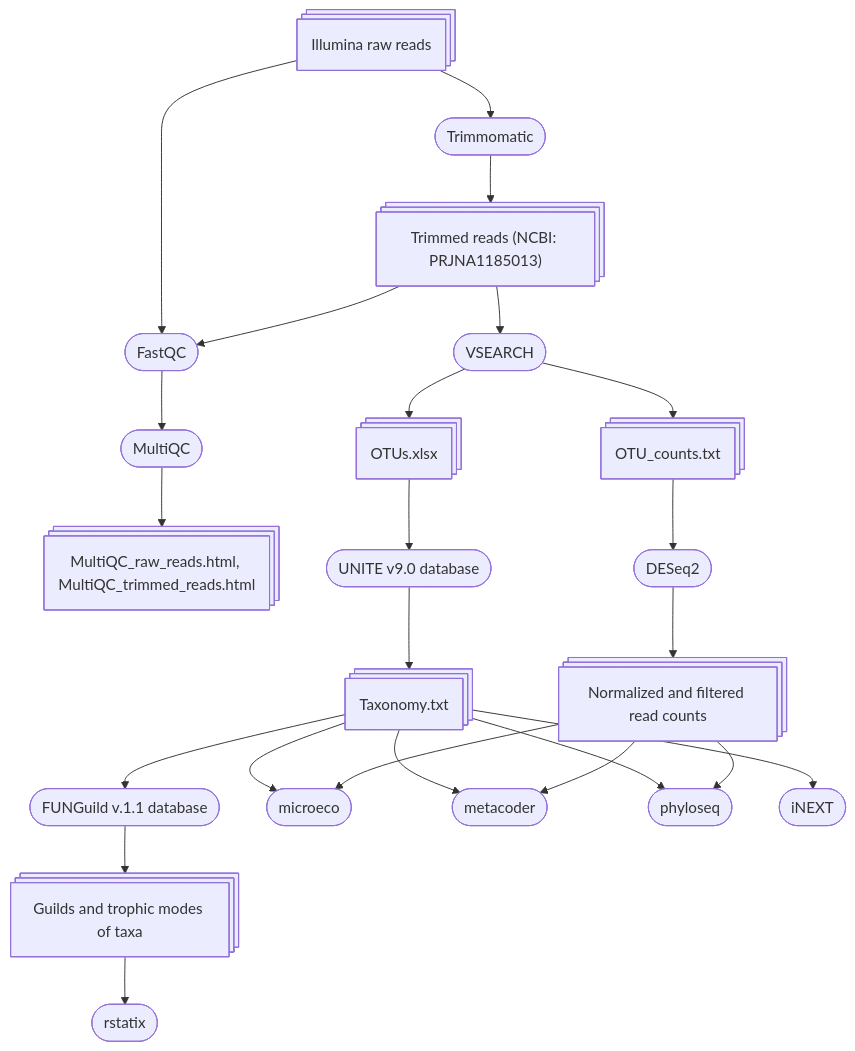
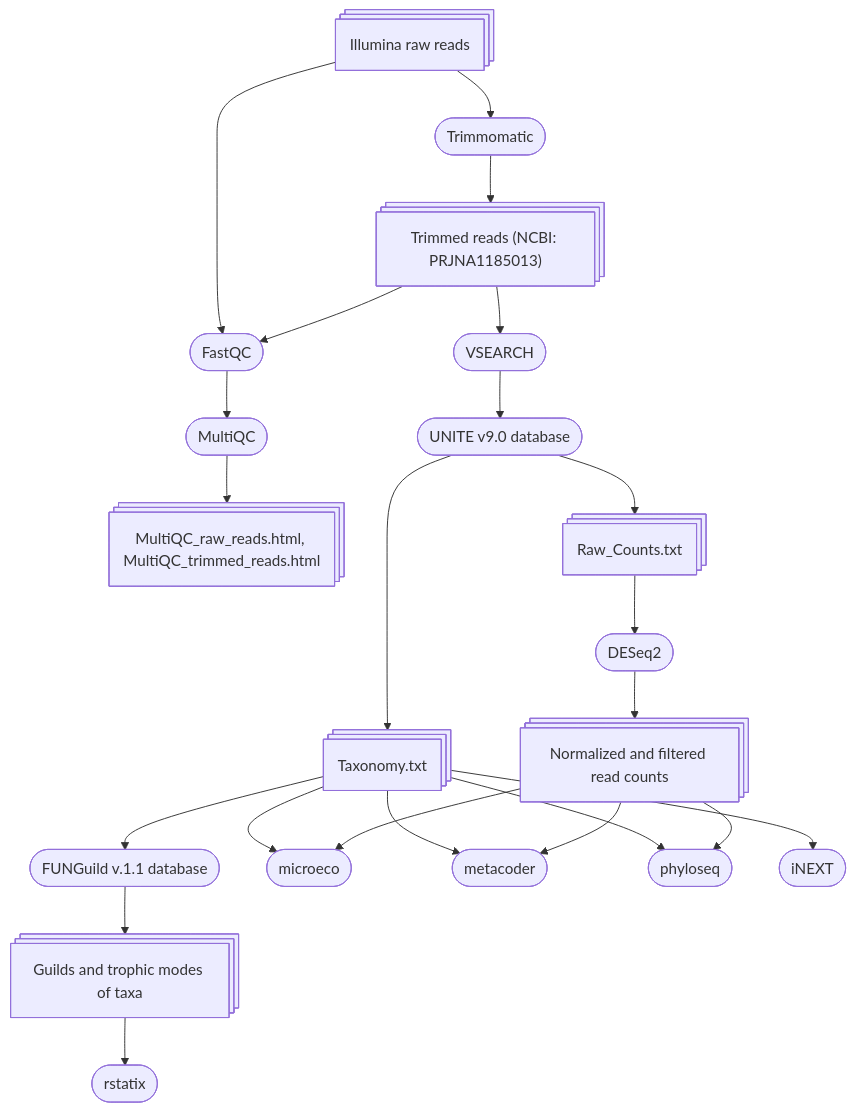
Before and after one commit to kuprinak/lithuania-metabar: the diagram in README.md, drawn with Mermaid.

````diff
--- a/README.md
+++ b/README.md
@@ -37,27 +37,26 @@
 ```mermaid
 flowchart TB
     A@{shape: procs, label: "Illumina raw reads"} --> B([Trimmomatic]);
     A --> Fa;
     Fa --> Mu([MultiQC]);
     B --> C@{shape: procs, label: "Trimmed reads (NCBI: PRJNA1185013)"};
     C --> Fa([FastQC]);
     Mu --> Mur@{shape: procs, label: "MultiQC_raw_reads.html, MultiQC_trimmed_reads.html"}; 
     C --> V([VSEARCH]);
-    V --> OTU@{shape: procs, label: "OTUs.xlsx"};
-    V --> CV@{shape: procs, label: "OTU_counts.txt"};
-    OTU --> T([UNITE v9.0 database]);
+    V --> T([UNITE v9.0 database]);
+    T --> CV@{shape: procs, label: "Raw_Counts.txt"};
     T --> Ta@{shape: procs, label: "Taxonomy.txt"};
     Ta --> F([FUNGuild v.1.1 database]);
     F --> Gu@{shape: procs, label: "Guilds and trophic modes of taxa"};
     Gu --> rs([rstatix])
     CV --> D([DESeq2]);
     D --> N@{shape: procs, label: "Normalized and filtered read counts"};
     Ta --> Mi;
     Ta --> Me
     Ta --> Ph
     N --> Ph([phyloseq])
      N --> Mi([microeco])
     N --> Me([metacoder])
     Ta --> iN([iNEXT]);
 
 ```
````
